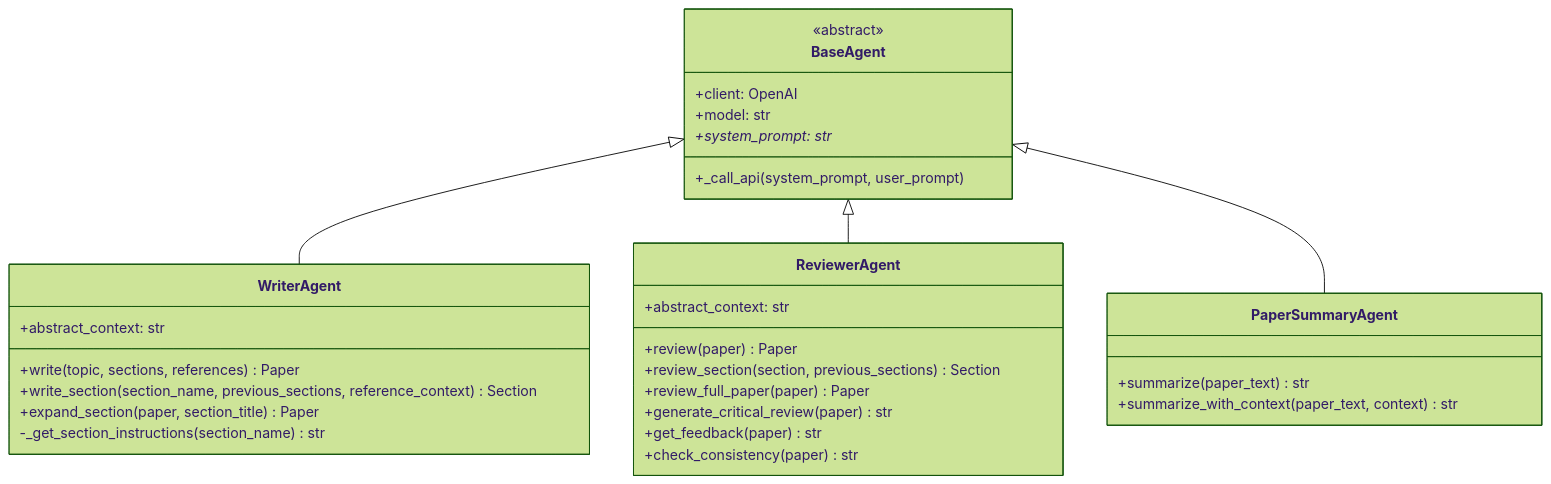
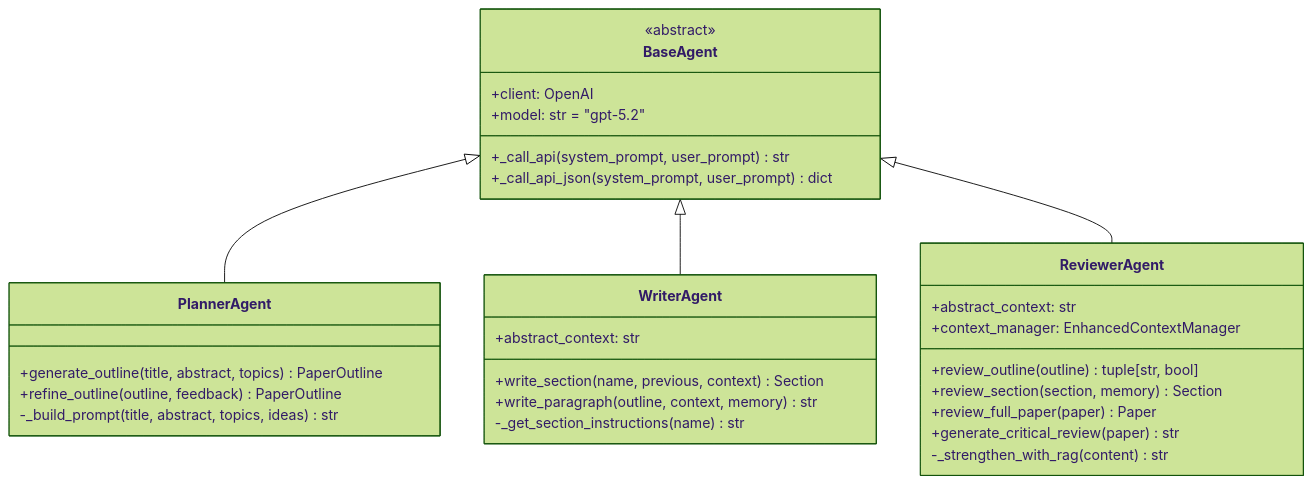
One commit to mikelval82/TheAiWriter changed the third of 8 diagrams in docs/architecture.md. Above: the diagram before and after it, drawn with Mermaid (forest theme). The commit also changed other lines of this file and 2 other files, not shown here.

First line of the commit message:
docs: consolidate architecture documentation with mermaid diagrams

````diff
--- a/docs/architecture.md
+++ b/docs/architecture.md
@@ -220,37 +174,37 @@
 ```mermaid
 classDiagram
     class BaseAgent {
         <<abstract>>
         +client: OpenAI
-        +model: str
-        +_call_api(system_prompt, user_prompt)
-        +system_prompt: str*
+        +model: str = "gpt-5.2"
+        +_call_api(system_prompt, user_prompt) str
+        +_call_api_json(system_prompt, user_prompt) dict
+    }
+    
+    class PlannerAgent {
+        +generate_outline(title, abstract, topics) PaperOutline
+        +refine_outline(outline, feedback) PaperOutline
+        -_build_prompt(title, abstract, topics, ideas) str
     }
     
     class WriterAgent {
         +abstract_context: str
-        +write(topic, sections, references) Paper
-        +write_section(section_name, previous_sections, reference_context) Section
-        +expand_section(paper, section_title) Paper
-        -_get_section_instructions(section_name) str
+        +write_section(name, previous, context) Section
+        +write_paragraph(outline, context, memory) str
+        -_get_section_instructions(name) str
     }
     
     class ReviewerAgent {
         +abstract_context: str
-        +review(paper) Paper
-        +review_section(section, previous_sections) Section
+        +context_manager: EnhancedContextManager
+        +review_outline(outline) tuple[str, bool]
+        +review_section(section, memory) Section
         +review_full_paper(paper) Paper
         +generate_critical_review(paper) str
-        +get_feedback(paper) str
-        +check_consistency(paper) str
+        -_strengthen_with_rag(content) str
     }
-    
-    class PaperSummaryAgent {
-        +summarize(paper_text) str
-        +summarize_with_context(paper_text, context) str
-    }
-    
+
+    BaseAgent <|-- PlannerAgent
     BaseAgent <|-- WriterAgent
     BaseAgent <|-- ReviewerAgent
-    BaseAgent <|-- PaperSummaryAgent
 ```
````
